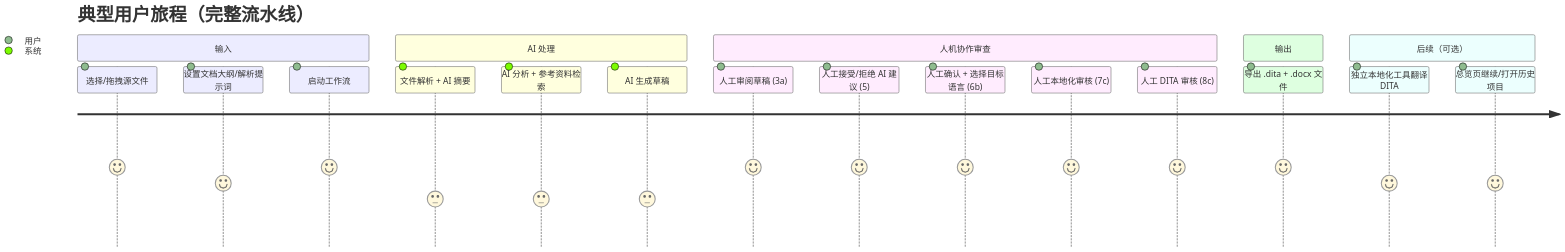
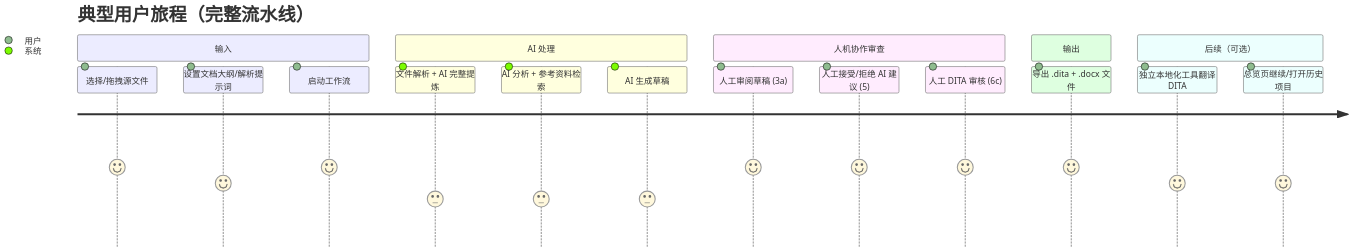
Before and after one commit to lazyloadbox/smart-tech-writter: the diagram in docs/architecture/01-overview.md, drawn with Mermaid. The commit also changed other lines of this file and 77 other files, not shown here.

````diff
--- a/docs/architecture/01-overview.md
+++ b/docs/architecture/01-overview.md
@@ -40,23 +40,21 @@
 ```mermaid
 journey
     title 典型用户旅程（完整流水线）
     section 输入
       选择/拖拽源文件: 5: 用户
       设置文档大纲/解析提示词: 4: 用户
       启动工作流: 5: 用户
     section AI 处理
-      文件解析 + AI 摘要: 3: 系统
+      文件解析 + AI 完整提炼: 3: 系统
       AI 分析 + 参考资料检索: 3: 系统
       AI 生成草稿: 3: 系统
     section 人机协作审查
       人工审阅草稿 (3a): 5: 用户
       人工接受/拒绝 AI 建议 (5): 5: 用户
-      人工确认 + 选择目标语言 (6b): 5: 用户
-      人工本地化审核 (7c): 5: 用户
-      人工 DITA 审核 (8c): 5: 用户
+      人工 DITA 审核 (6c): 5: 用户
     section 输出
       导出 .dita + .docx 文件: 5: 用户
     section 后续（可选）
       独立本地化工具翻译 DITA: 4: 用户
       总览页继续/打开历史项目: 4: 用户
 ```
````
